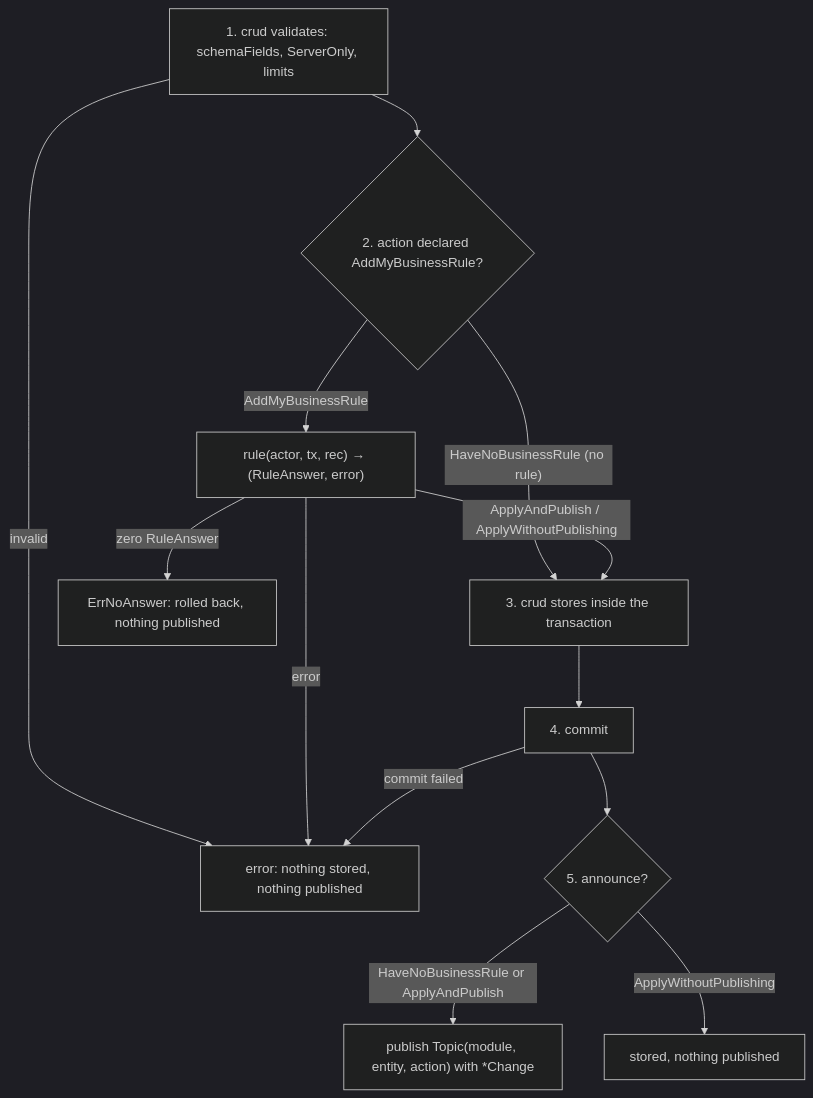
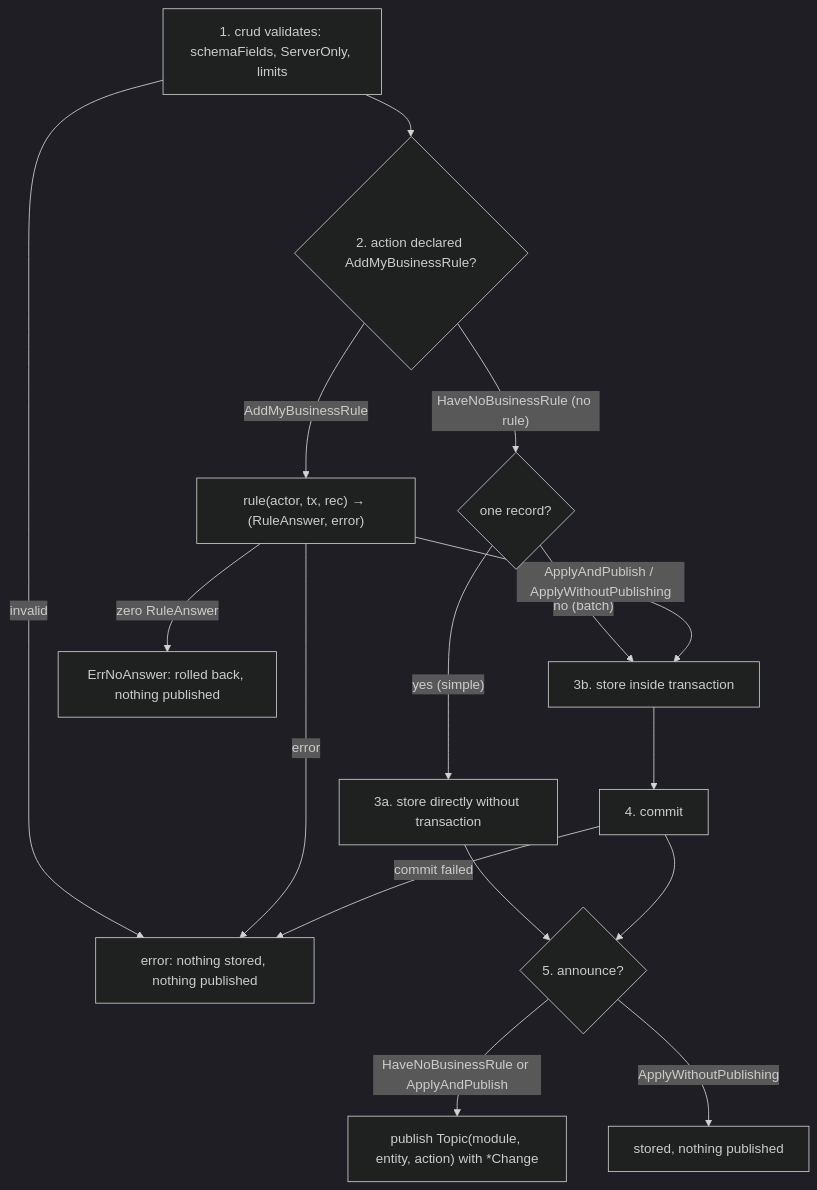
Before and after one commit to webtyp/crud: the diagram in docs/diagrams/WRITE_FLOW.md, drawn with Mermaid (dark theme). The commit also changed other lines of this file and 28 other files, not shown here.

First line of the commit message:
feat!: the write flow is tested at its edges, a simple write has no transaction, a duplicate key is ErrAlreadyExists and Revision rejects a stale update; storetest becomes conformance

````diff
--- a/docs/diagrams/WRITE_FLOW.md
+++ b/docs/diagrams/WRITE_FLOW.md
@@ -6,15 +6,18 @@
 ```mermaid
 flowchart TD
     A["1. crud validates: schemaFields, ServerOnly, limits"] -->|invalid| X["error: nothing stored, nothing published"]
     A --> B{"2. action declared AddMyBusinessRule?"}
-    B -->|"HaveNoBusinessRule (no rule)"| D
+    B -->|"HaveNoBusinessRule (no rule)"| BR{"one record?"}
+    BR -->|"yes (simple)"| S["3a. store directly without transaction"]
+    BR -->|"no (batch)"| D["3b. store inside transaction"]
     B -->|"AddMyBusinessRule"| C["rule(actor, tx, rec) → (RuleAnswer, error)"]
     C -->|"error"| X
     C -->|"zero RuleAnswer"| X2["ErrNoAnswer: rolled back, nothing published"]
-    C -->|"ApplyAndPublish / ApplyWithoutPublishing"| D["3. crud stores inside the transaction"]
+    C -->|"ApplyAndPublish / ApplyWithoutPublishing"| D
+    S --> F{"5. announce?"}
     D --> E["4. commit"]
     E -->|"commit failed"| X
-    E --> F{"5. announce?"}
+    E --> F
     F -->|"HaveNoBusinessRule or ApplyAndPublish"| G["publish Topic(module, entity, action) with *Change"]
     F -->|"ApplyWithoutPublishing"| H["stored, nothing published"]
 ```
````
